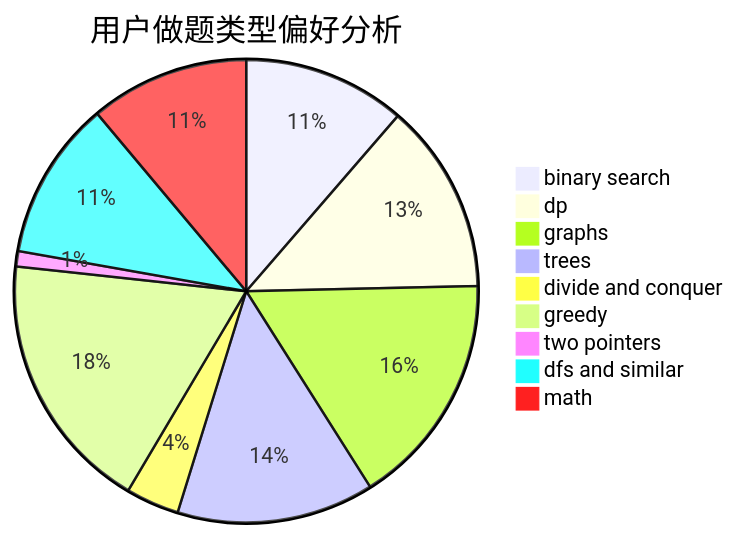
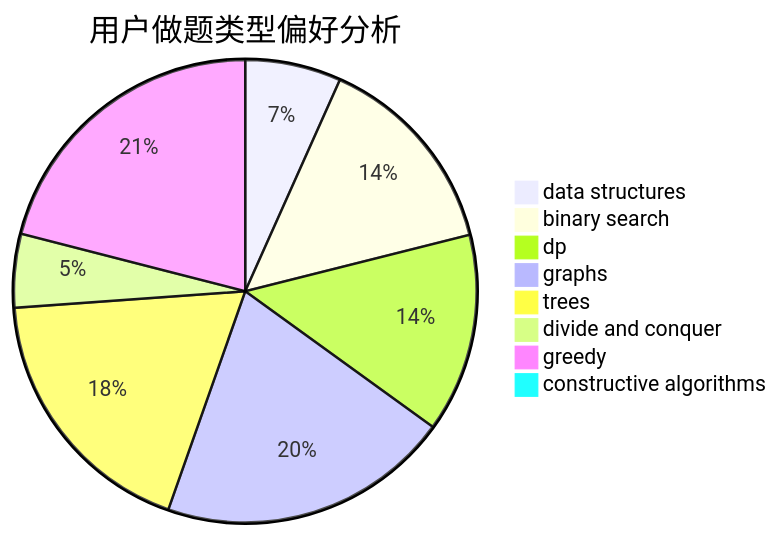
One commit to sherpahu/cfrs.github.io changed the second of 3 diagrams in docs/user/u131.md. Above: the diagram before and after it, drawn with Mermaid. The commit also changed other lines of this file and 2775 other files, not shown here.

````diff
--- a/docs/user/u131.md
+++ b/docs/user/u131.md
@@ -23,12 +23,11 @@
 ```mermaid
 pie title 用户做题类型偏好分析
-    "binary search" :  192
-    "dp" :  225
-    "graphs" :  277
-    "trees" :  233
+    "data structures" :  82
+    "binary search" :  176
+    "dp" :  170
+    "graphs" :  250
+    "trees" :  226
     "divide and conquer" :  63
-    "greedy" :  308
-    "two pointers" :  18
-    "dfs and similar" :  188
-    "math" :  188
+    "greedy" :  257
+    "constructive algorithms" :  0
 ```
````
